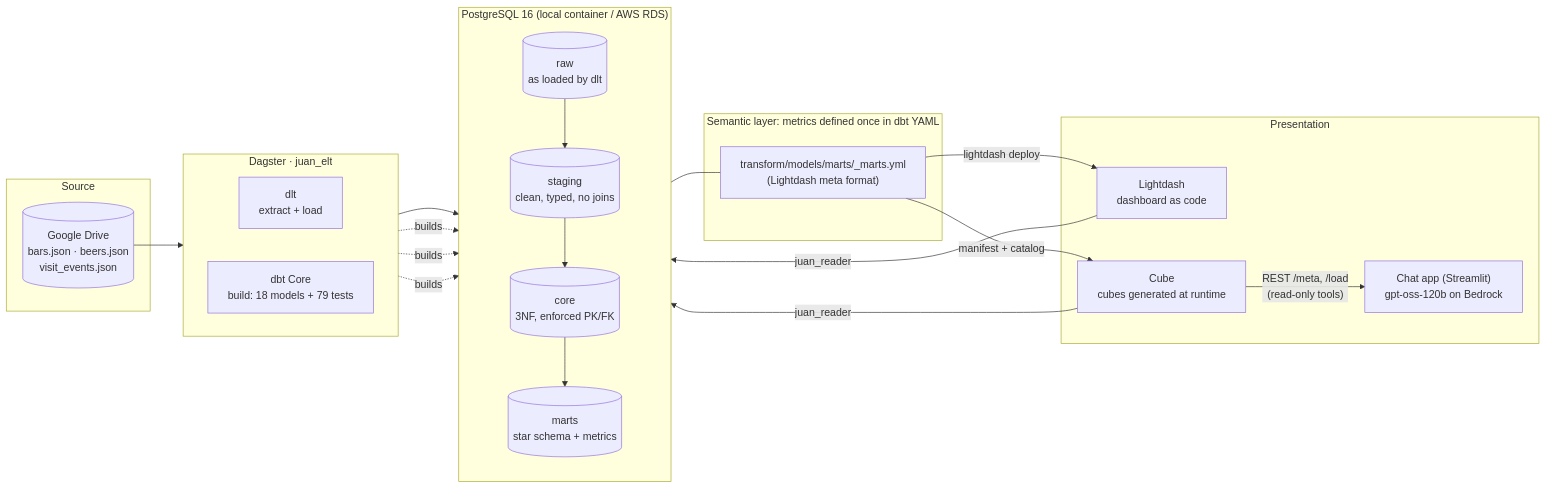
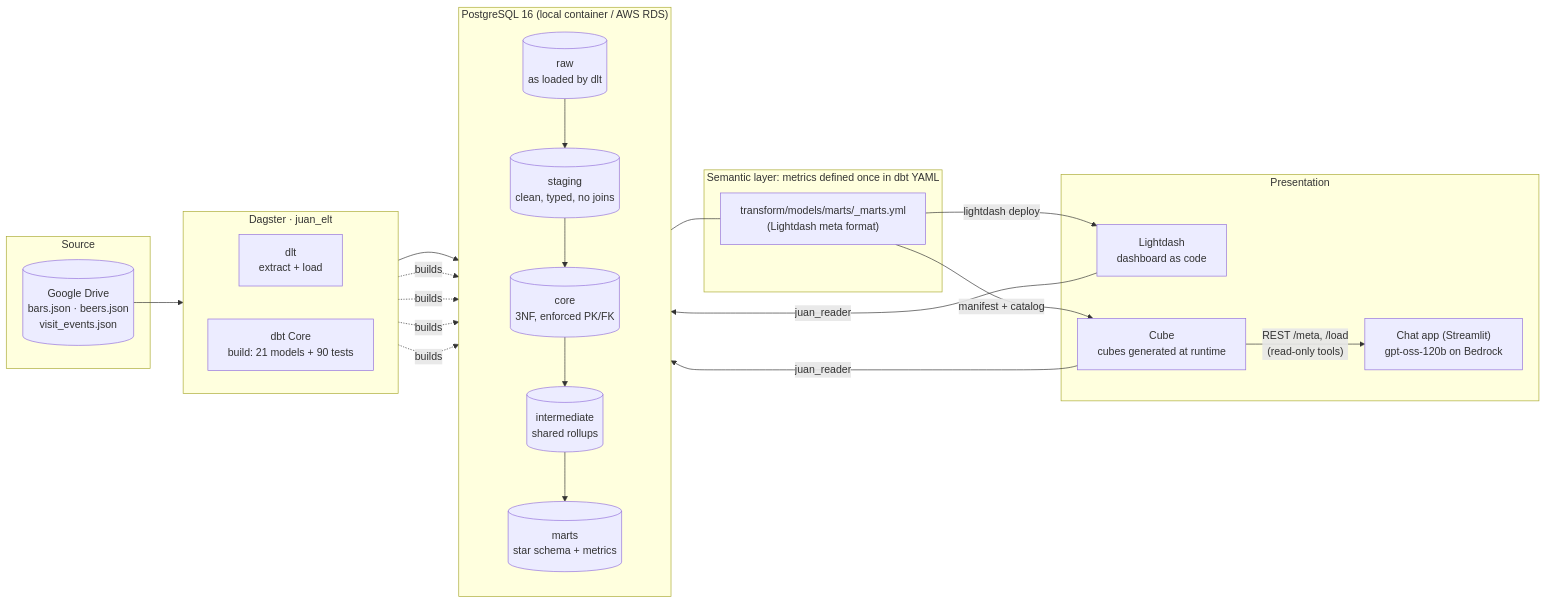
Before and after one commit to YoshlinPillay/kandua-assessment: the first of 3 diagrams in docs/ARCHITECTURE.md, drawn with Mermaid. The commit also changed other lines of this file and 18 other files, not shown here.

First line of the commit message:
dbt: add intermediate layer so facts never read other facts (D-036)

````diff
--- a/docs/ARCHITECTURE.md
+++ b/docs/ARCHITECTURE.md
@@ -10,40 +10,41 @@
 ```mermaid
 flowchart LR
     subgraph Source
         GD[("Google Drive<br/>bars.json · beers.json<br/>visit_events.json")]
     end
 
     subgraph Orchestration["Dagster · juan_elt"]
         direction LR
         DLT["dlt<br/>extract + load"]
-        DBT["dbt Core<br/>build: 18 models + 79 tests"]
+        DBT["dbt Core<br/>build: 21 models + 90 tests"]
     end
 
     subgraph Warehouse["PostgreSQL 16 (local container / AWS RDS)"]
         direction TB
         RAW[("raw<br/>as loaded by dlt")]
         STG[("staging<br/>clean, typed, no joins")]
         CORE[("core<br/>3NF, enforced PK/FK")]
+        INT[("intermediate<br/>shared rollups")]
         MARTS[("marts<br/>star schema + metrics")]
-        RAW --> STG --> CORE --> MARTS
+        RAW --> STG --> CORE --> INT --> MARTS
     end
 
     subgraph Semantic["Semantic layer: metrics defined once in dbt YAML"]
         YAML["transform/models/marts/_marts.yml<br/>(Lightdash meta format)"]
     end
 
     subgraph Presentation
         LD["Lightdash<br/>dashboard as code"]
         CUBE["Cube<br/>cubes generated at runtime"]
         CHAT["Chat app (Streamlit)<br/>gpt-oss-120b on Bedrock"]
     end
 
     GD --> DLT --> RAW
-    DBT -. builds .-> STG & CORE & MARTS
+    DBT -. builds .-> STG & CORE & INT & MARTS
     MARTS --- YAML
     YAML -- "lightdash deploy" --> LD
     YAML -- "manifest + catalog" --> CUBE
     CUBE -- "REST /meta, /load<br/>(read-only tools)" --> CHAT
     LD -- "juan_reader" --> MARTS
     CUBE -- "juan_reader" --> MARTS
 ```
````
